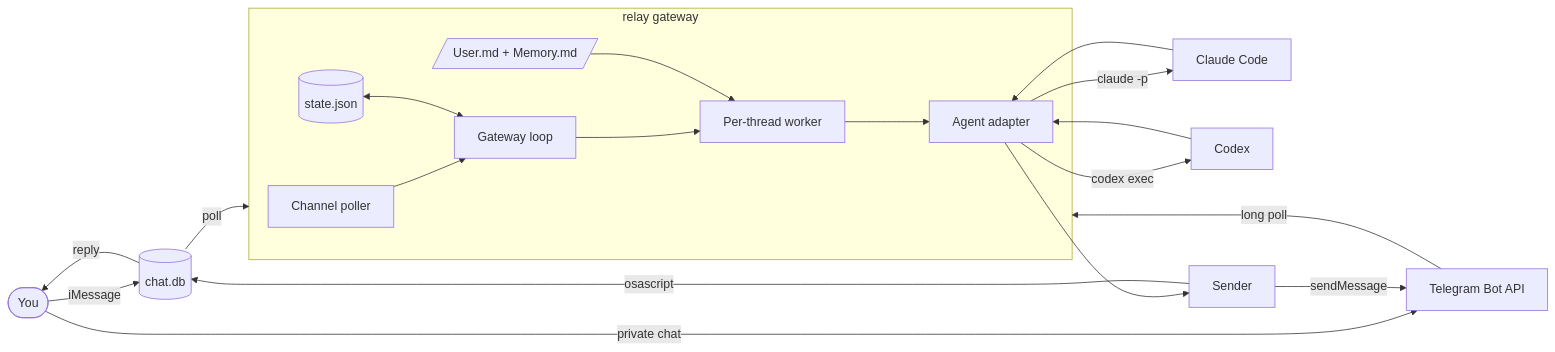
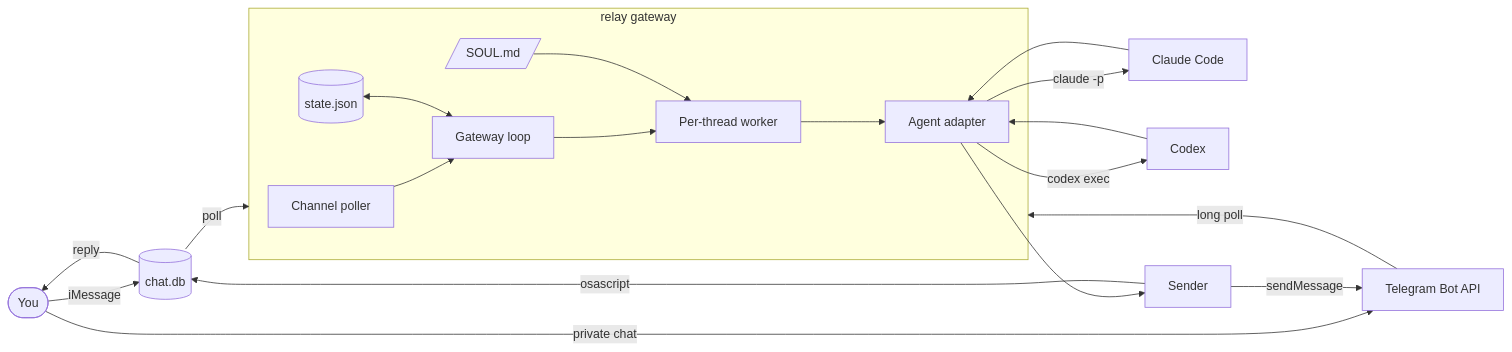
One commit to edheltzel/Relay changed the first of 2 diagrams in docs/architecture.md. Above: the diagram before and after it, drawn with Mermaid. The commit also changed other lines of this file and 17 other files, not shown here.

````diff
--- a/docs/architecture.md
+++ b/docs/architecture.md
@@ -56,22 +55,22 @@
 ```mermaid
 flowchart LR
     user([You]) -->|iMessage| db[(chat.db)]
     user -->|private chat| tg[Telegram Bot API]
     db -->|poll| relay
     tg -->|long poll| relay
     subgraph relay[relay gateway]
         poller[Channel poller] --> gateway[Gateway loop]
         gateway --> worker[Per-thread worker]
         store[(state.json)] <--> gateway
-        memory[/User.md + Memory.md/] --> worker
+        soul[/SOUL.md/] --> worker
         worker --> adapter[Agent adapter]
     end
     adapter -->|claude -p| claude[Claude Code]
     adapter -->|codex exec| codex[Codex]
     claude --> adapter
     codex --> adapter
     adapter --> sender[Sender]
     sender -->|osascript| db
     sender -->|sendMessage| tg
     db -->|reply| user
 ```
````
